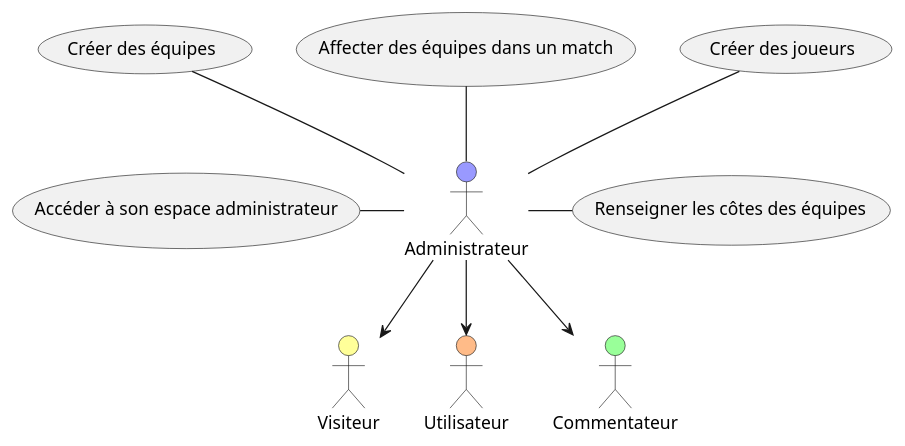
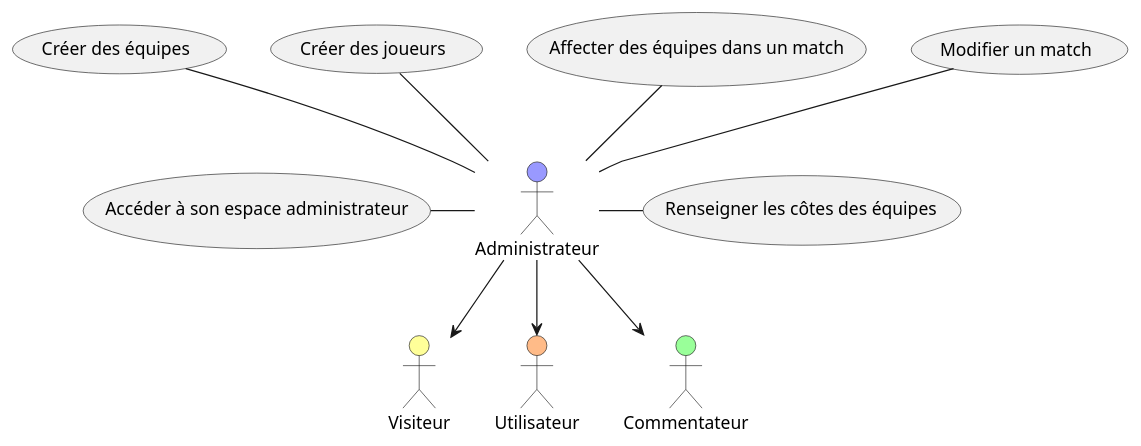
One commit to kcdln/Smash-Bowl changed the fourth of 4 diagrams in #documents/OLD/Diagramme de cas d_utilisation.OLD.md. Above: the diagram before and after it, drawn with PlantUML. The commit also changed other lines of this file and 1 other file, not shown here.

Commit message:
Add conditions & loops into sequential diagram

```diff
--- a/#documents/OLD/Diagramme de cas d_utilisation.OLD.md
+++ b/#documents/OLD/Diagramme de cas d_utilisation.OLD.md
@@ -58,18 +58,19 @@
 @startuml
 
 actor Visiteur #ffff99
 actor Utilisateur #ffbb88
 actor Commentateur #99ff99
 actor Administrateur #9999ff
 
 Visiteur <-up- Administrateur
 Utilisateur <-up- Administrateur
 Commentateur <-up- Administrateur
 
 Administrateur -left- (Accéder à son espace administrateur)
 Administrateur -right- (Renseigner les côtes des équipes)
+Administrateur -up- (Modifier un match)
+Administrateur -up- (Affecter des équipes dans un match)
 Administrateur -up- (Créer des joueurs)
-Administrateur -up- (Affecter des équipes dans un match)
 Administrateur -up- (Créer des équipes)
 
 @enduml
```
